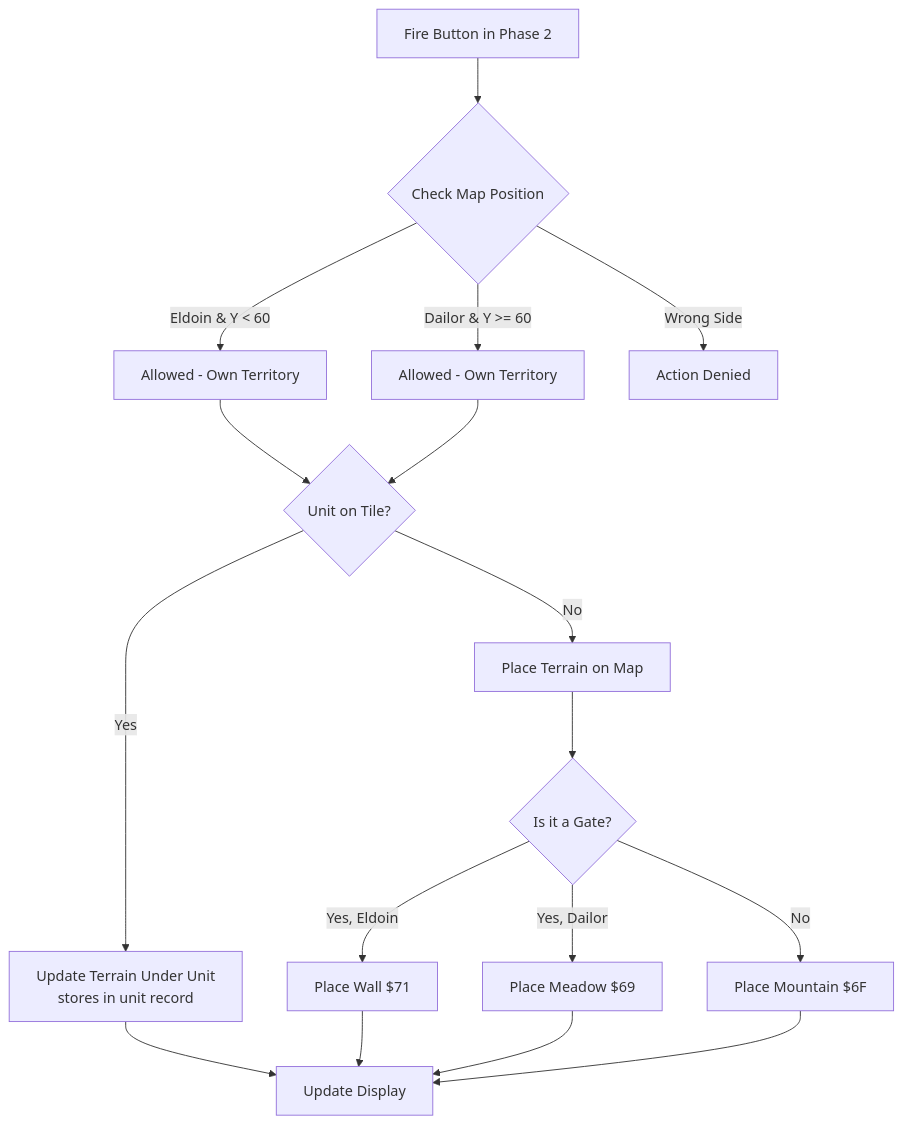
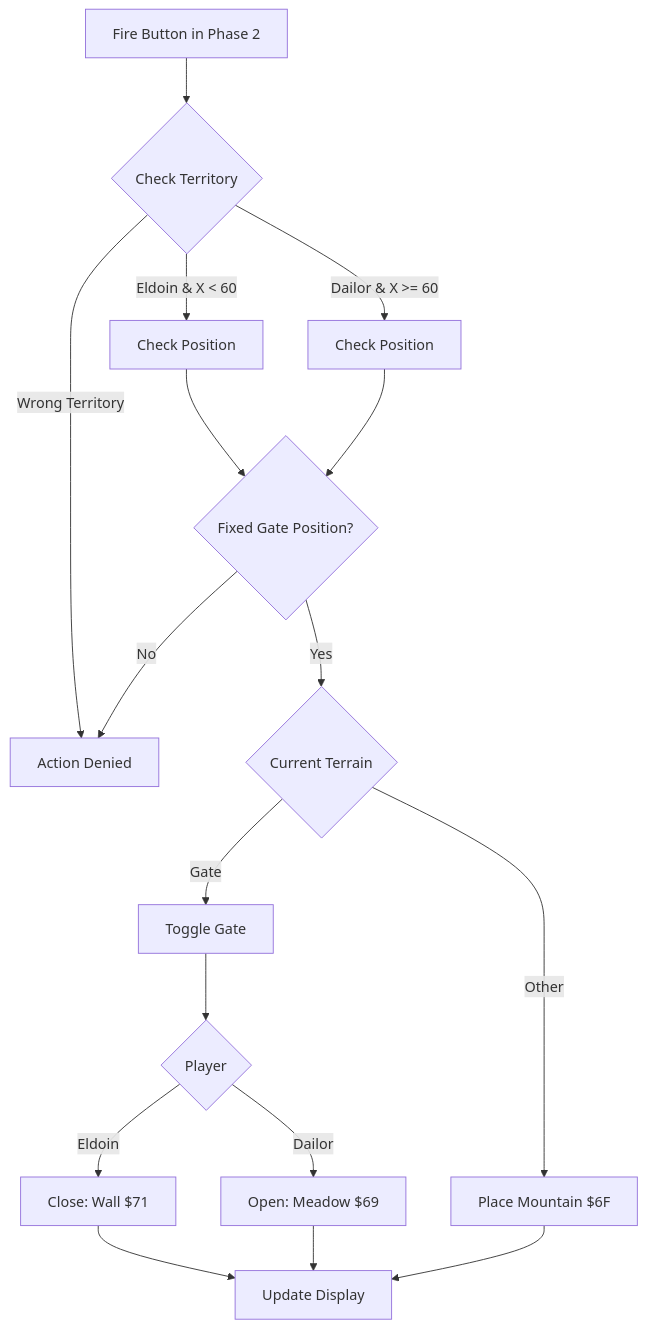
The third of 3 diagrams in docs/program_flow.md (s-macke/weltendaemmerung), drawn with Mermaid before and after one commit. The commit also changed other lines of this file and 6 other files, not shown here.

Commit message:
Clarify program flow

````diff
--- a/docs/program_flow.md
+++ b/docs/program_flow.md
@@ -141,24 +141,25 @@
 ```mermaid
 flowchart TD
-    START[Fire Button in Phase 2] --> CHECKSIDE{Check Map Position}
+    START[Fire Button in Phase 2] --> CHECKSIDE{Check Territory}
 
-    CHECKSIDE -->|Eldoin & Y < 60| ALLOWED1[Allowed - Own Territory]
-    CHECKSIDE -->|Dailor & Y >= 60| ALLOWED2[Allowed - Own Territory]
-    CHECKSIDE -->|Wrong Side| DENIED[Action Denied]
+    CHECKSIDE -->|Eldoin & X < 60| CHECKPOS1[Check Position]
+    CHECKSIDE -->|Dailor & X >= 60| CHECKPOS2[Check Position]
+    CHECKSIDE -->|Wrong Territory| DENIED[Action Denied]
 
-    ALLOWED1 --> CHECKUNIT{Unit on Tile?}
-    ALLOWED2 --> CHECKUNIT
+    CHECKPOS1 --> VALIDPOS{Fixed Gate Position?}
+    CHECKPOS2 --> VALIDPOS
 
-    CHECKUNIT -->|Yes| UPDATETERRAIN[Update Terrain Under Unit<br/>stores in unit record]
-    CHECKUNIT -->|No| PLACETERRAIN[Place Terrain on Map]
+    VALIDPOS -->|No| DENIED
+    VALIDPOS -->|Yes| CHECKGATE{Current Terrain}
 
-    PLACETERRAIN --> CHECKGATE{Is it a Gate?}
-    CHECKGATE -->|Yes, Eldoin| WALL[Place Wall $71]
-    CHECKGATE -->|Yes, Dailor| MEADOW[Place Meadow $69]
-    CHECKGATE -->|No| MOUNTAIN[Place Mountain $6F]
+    CHECKGATE -->|Gate| TOGGLE[Toggle Gate]
+    CHECKGATE -->|Other| MOUNTAIN[Place Mountain $6F]
 
-    UPDATETERRAIN --> DONE[Update Display]
-    WALL --> DONE
+    TOGGLE --> PLAYER{Player}
+    PLAYER -->|Eldoin| WALL[Close: Wall $71]
+    PLAYER -->|Dailor| MEADOW[Open: Meadow $69]
+
+    WALL --> DONE[Update Display]
     MEADOW --> DONE
     MOUNTAIN --> DONE
 ```
````
